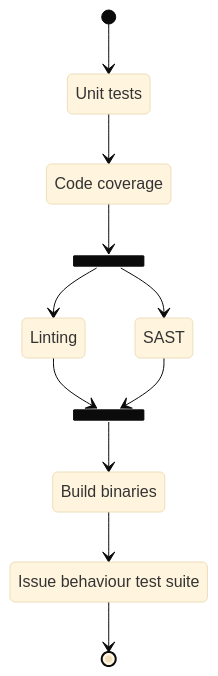
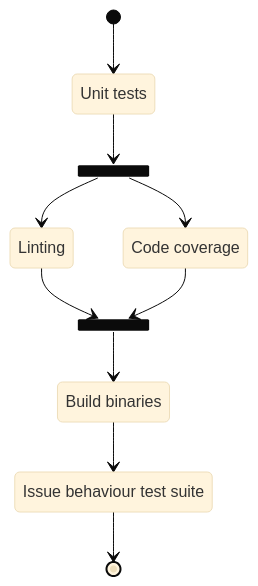
One commit to ContinuousEngineeringProject/ContinuousEngineeringProject.github.io changed the sixth of 8 diagrams in docs/factory_pipelines.md. Above: the diagram before and after it, drawn with Mermaid (base theme). The commit also changed other lines of this file, not shown here.

````diff
--- a/docs/factory_pipelines.md
+++ b/docs/factory_pipelines.md
@@ -101,23 +103,21 @@
 ```mermaid
 stateDiagram-v2
-  s0 : Unit tests
-  s1 : Code coverage
+  s1 : Unit tests
   s2 : Linting
-  s3 : SAST
+  s3 : Code coverage
   s4 : Build binaries
   s5 : Issue behaviour test suite
   
   state f1 <<fork>>
   state j1 <<join>>
   
-  [*] --> s0
-  s0 --> s1
+  [*] --> s1
   s1 --> f1
   f1 --> s2
   f1 --> s3
   s2 --> j1
   s3 --> j1
   j1 --> s4
   s4 --> s5
   s5 --> [*]
 ```
````
